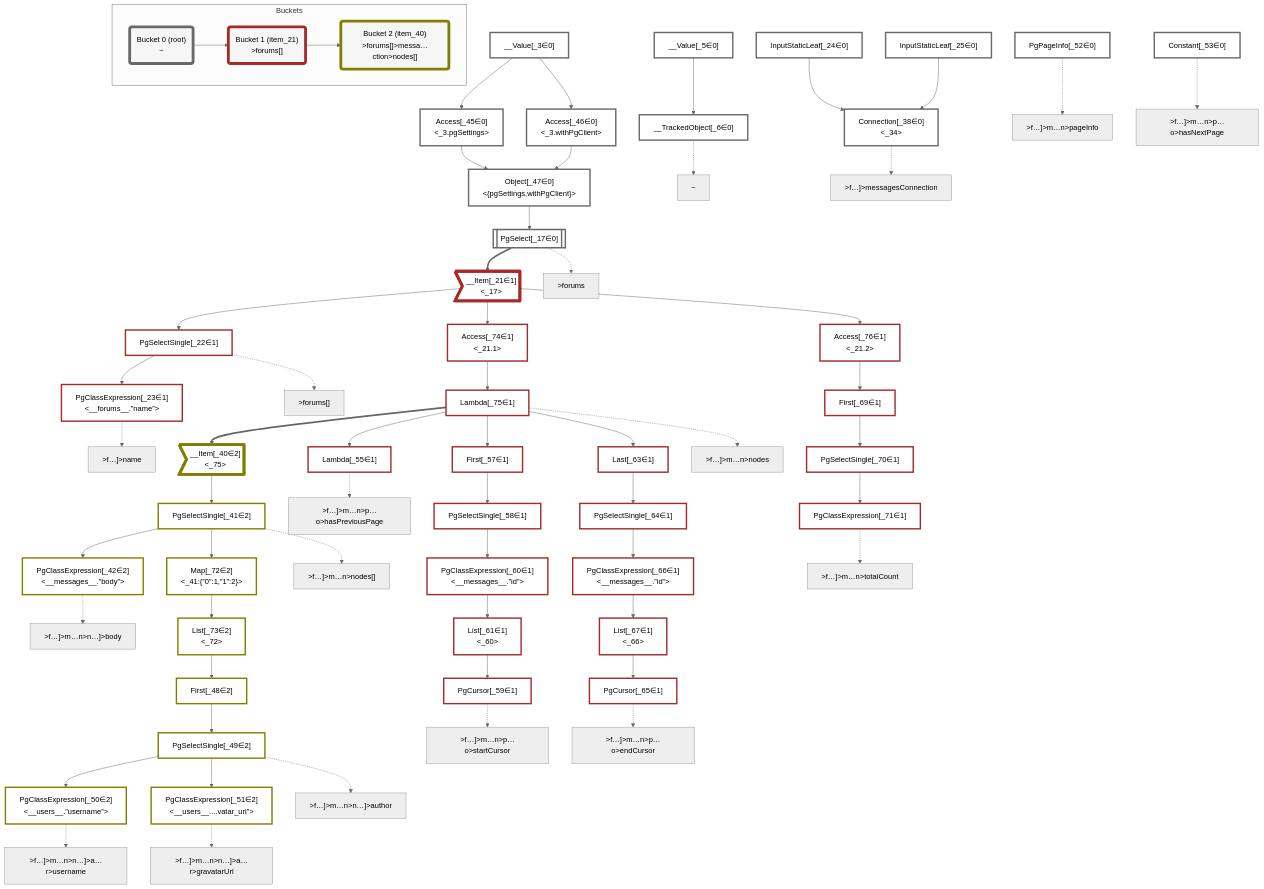
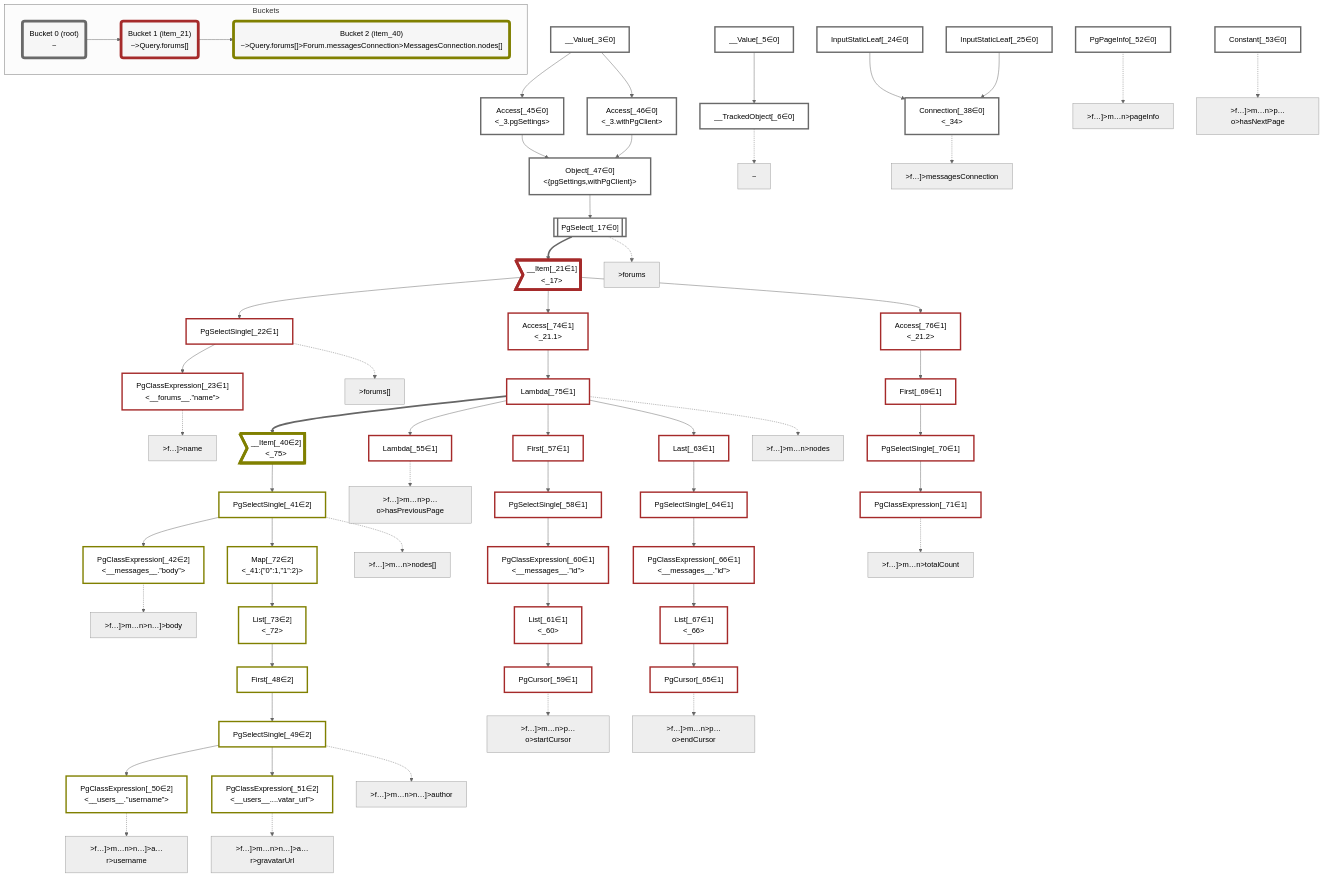
The diagram in packages/dataplan-pg/__tests__/queries/connections/pagination-when-inlined-backwards-nodes-only.mermaid.md (graphile/crystal), drawn with Mermaid (neutral theme) before and after one commit. The commit also changed 141 other files, not shown here.

```diff
--- a/packages/dataplan-pg/__tests__/queries/connections/pagination-when-inlined-backwards-nodes-only.mermaid.md
+++ b/packages/dataplan-pg/__tests__/queries/connections/pagination-when-inlined-backwards-nodes-only.mermaid.md
@@ -136,10 +136,10 @@
     subgraph Buckets
     Bucket0("Bucket 0 (root)<br />~"):::bucket
     style Bucket0 stroke:#696969
-    Bucket1("Bucket 1 (item_21)<br />>forums[]"):::bucket
+    Bucket1("Bucket 1 (item_21)<br />~>Query.forums[]"):::bucket
     style Bucket1 stroke:#a52a2a
     Bucket0 --> Bucket1
-    Bucket2("Bucket 2 (item_40)<br />>forums[]>messa…ction>nodes[]"):::bucket
+    Bucket2("Bucket 2 (item_40)<br />~>Query.forums[]>Forum.messagesConnection>MessagesConnection.nodes[]"):::bucket
     style Bucket2 stroke:#808000
     Bucket1 --> Bucket2
     end
```
